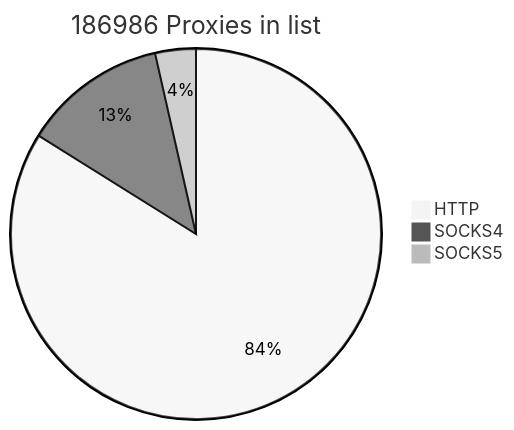
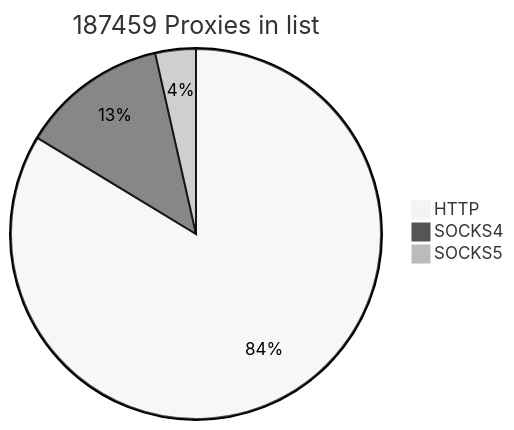
One commit to cutipu/proxylist changed the first of 2 diagrams in README.md. Above: the diagram before and after it, drawn with Mermaid (neutral theme). The commit also changed other lines of this file, not shown here.

````diff
--- a/README.md
+++ b/README.md
@@ -2,7 +2,7 @@
 ```mermaid
-pie title 186986 Proxies in list
+pie title 187459 Proxies in list
     "HTTP" : 156862
-    "SOCKS4" : 23488
+    "SOCKS4" : 23961
     "SOCKS5" : 6636
             
 ```
````
